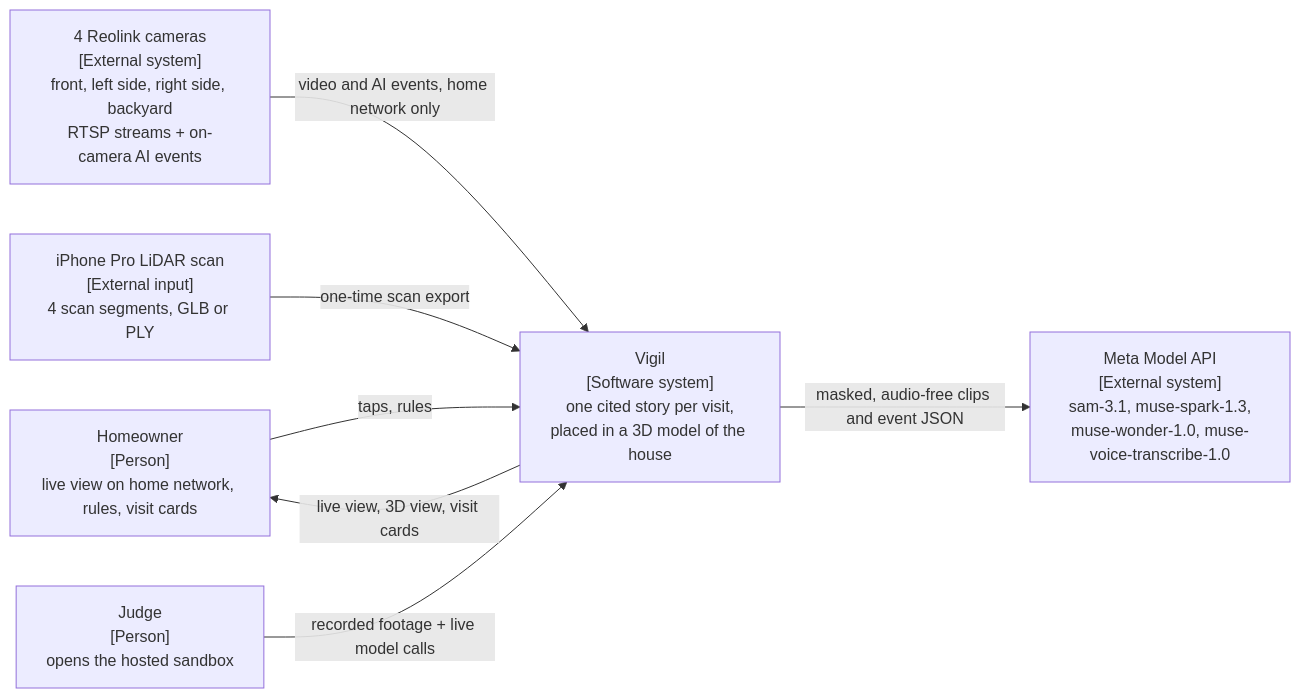
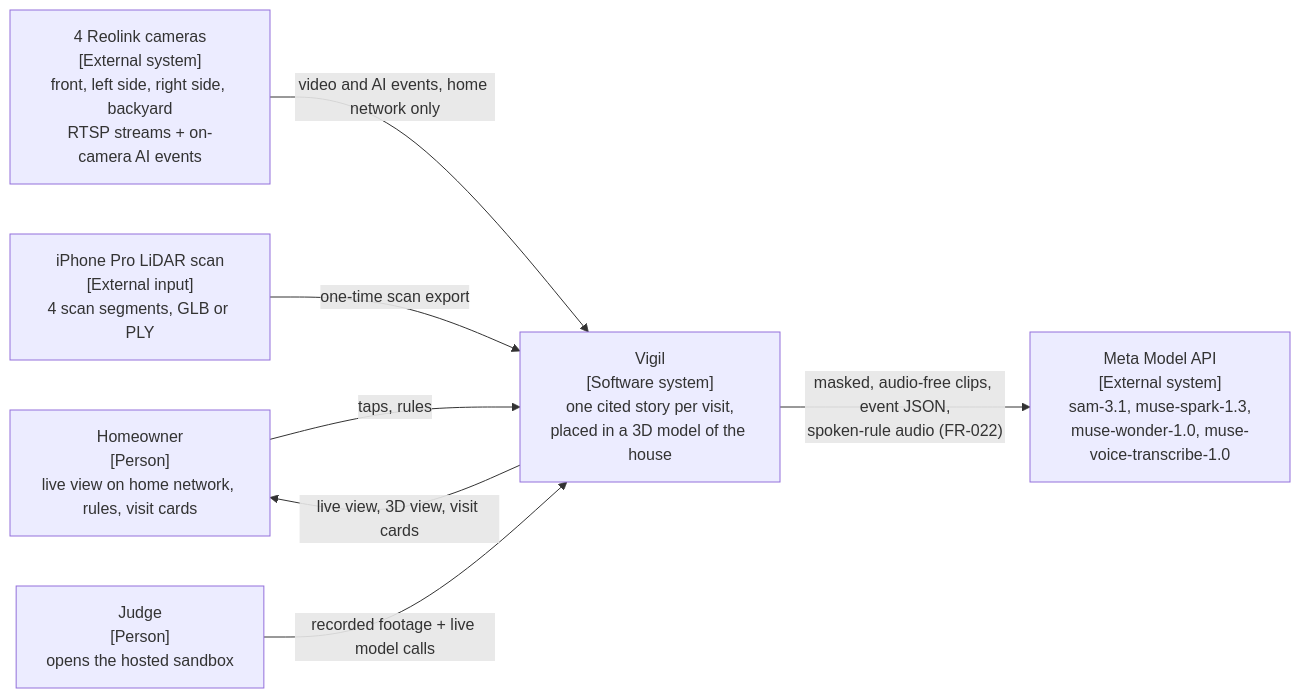
Before and after one commit to gabrielromerod/meta-global-ai-developer-hackathon-2026: the first of 14 diagrams in docs/spec/vigil-spec.md, drawn with Mermaid. The commit also changed other lines of this file and 16 other files, not shown here.

````diff
--- a/docs/spec/vigil-spec.md
+++ b/docs/spec/vigil-spec.md
@@ -337,15 +377,15 @@
 ```mermaid
 flowchart LR
   owner["Homeowner<br/>[Person]<br/>live view on home network, rules, visit cards"]
   judge["Judge<br/>[Person]<br/>opens the hosted sandbox"]
   cams["4 Reolink cameras<br/>[External system]<br/>front, left side, right side, backyard<br/>RTSP streams + on-camera AI events"]
   phone["iPhone Pro LiDAR scan<br/>[External input]<br/>4 scan segments, GLB or PLY"]
   vigil["Vigil<br/>[Software system]<br/>one cited story per visit,<br/>placed in a 3D model of the house"]
   meta["Meta Model API<br/>[External system]<br/>sam-3.1, muse-spark-1.3,<br/>muse-wonder-1.0, muse-voice-transcribe-1.0"]
   cams -->|"video and AI events, home network only"| vigil
   phone -->|"one-time scan export"| vigil
   owner -->|"taps, rules"| vigil
   vigil -->|"live view, 3D view, visit cards"| owner
   judge -->|"recorded footage + live model calls"| vigil
-  vigil -->|"masked, audio-free clips and event JSON"| meta
+  vigil -->|"masked, audio-free clips, event JSON,<br/>spoken-rule audio (FR-022)"| meta
 ```
````
